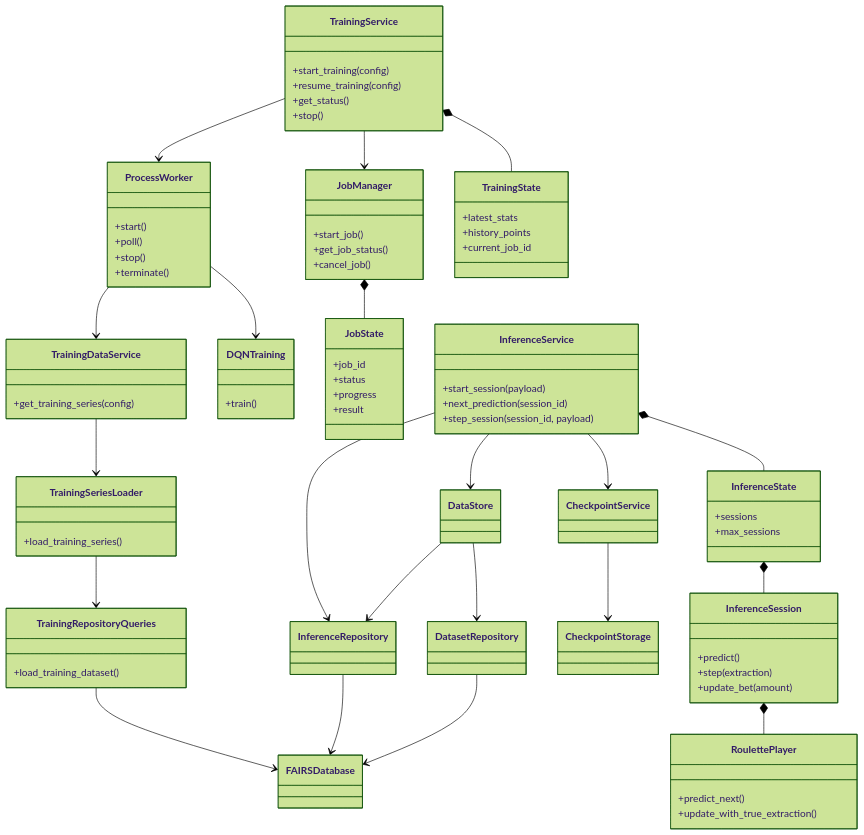
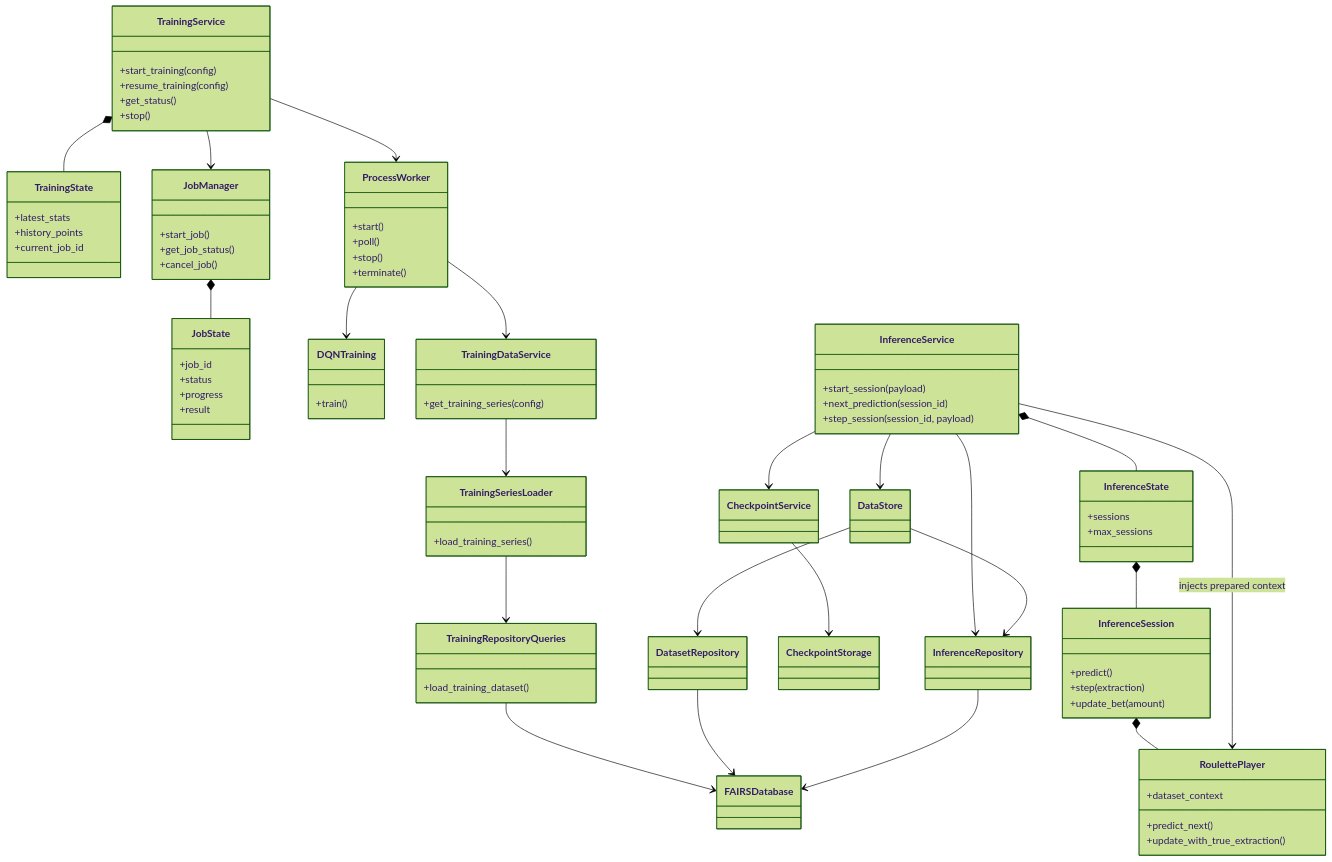
One commit to CTCycle/FAIRS-Roulette-Player changed the fifth of 5 diagrams in assets/docs/architecture/execution_and_data_flow.md. Above: the diagram before and after it, drawn with Mermaid (forest theme). The commit also changed other lines of this file and 2 other files, not shown here.

```diff
--- a/assets/docs/architecture/execution_and_data_flow.md
+++ b/assets/docs/architecture/execution_and_data_flow.md
@@ -249,6 +252,7 @@
         +update_bet(amount)
     }
     class RoulettePlayer {
+        +dataset_context
         +predict_next()
         +update_with_true_extraction()
     }
@@ -274,6 +278,7 @@
     InferenceService --> CheckpointService
     InferenceService --> DataStore
     InferenceService --> InferenceRepository
+    InferenceService --> RoulettePlayer : injects prepared context
     CheckpointService --> CheckpointStorage
     DataStore --> DatasetRepository
     DataStore --> InferenceRepository
```
